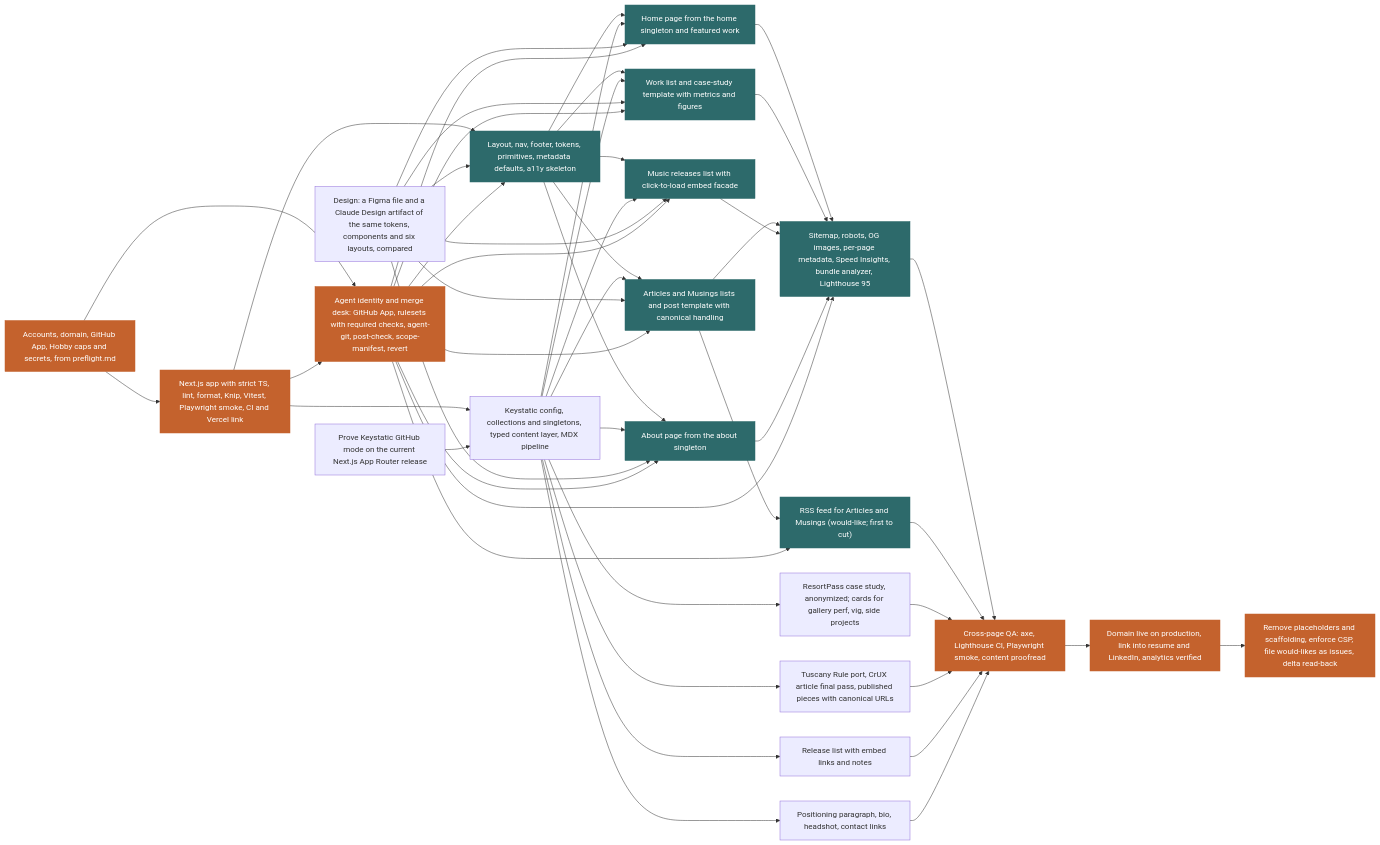
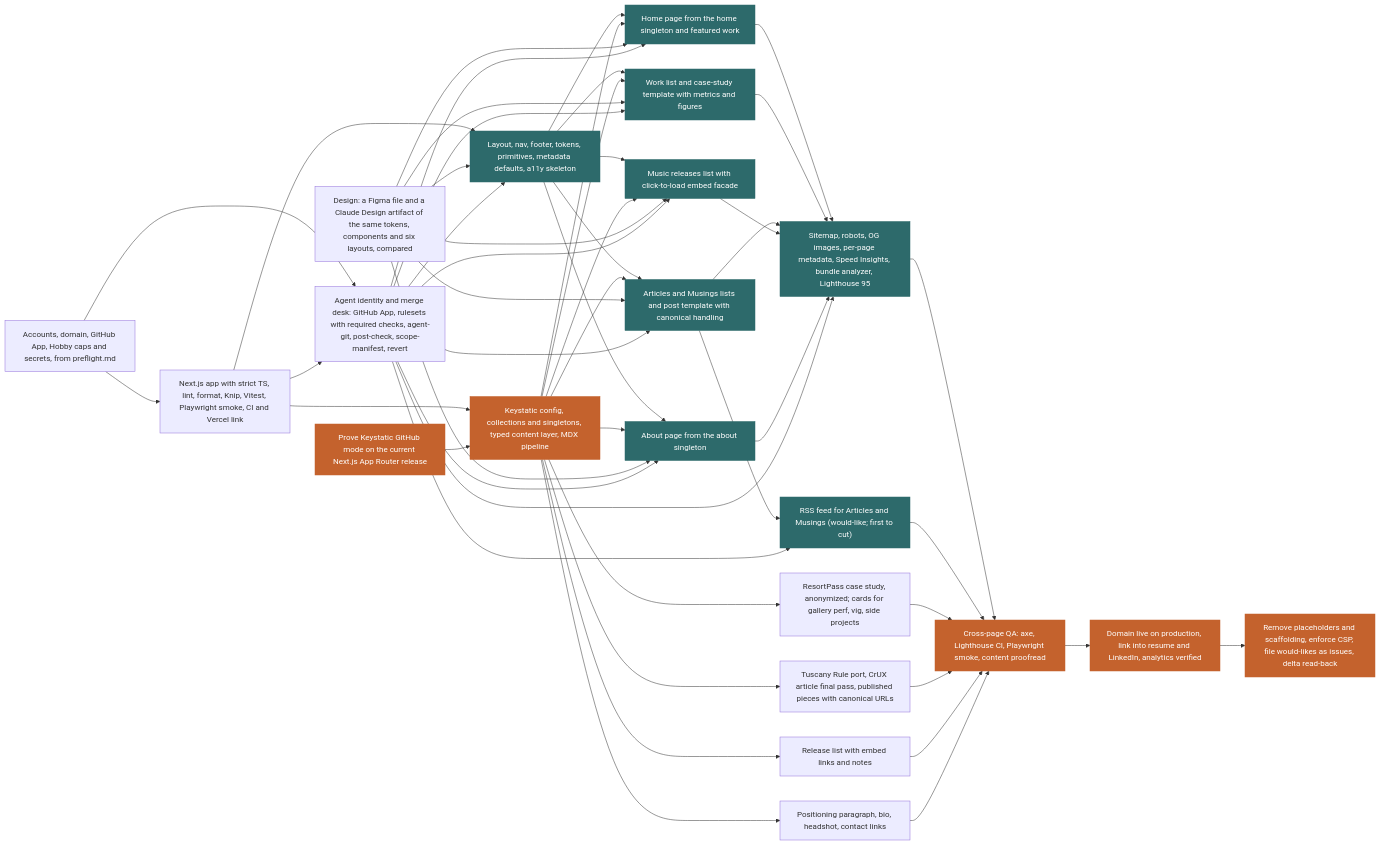
Before and after one commit to defaultdave/defaultdave: the diagram in docs/plan/plan-report.md, drawn with Mermaid. The commit also changed other lines of this file and 4 other files, not shown here.

````diff
--- a/docs/plan/plan-report.md
+++ b/docs/plan/plan-report.md
@@ -107,76 +98,76 @@
 ```mermaid
 graph LR
   u_preflight["Accounts, domain, GitHub App, Hobby caps and secrets, from preflight.md"]
   u_design["Design: a Figma file and a Claude Design artifact of the same tokens, components and six layouts, compared"]
   u_keystatic_spike["Prove Keystatic GitHub mode on the current Next.js App Router release"]
   u_scaffold["Next.js app with strict TS, lint, format, Knip, Vitest, Playwright smoke, CI and Vercel link"]
   u_merge_desk["Agent identity and merge desk: GitHub App, rulesets with required checks, agent-git, post-check, scope-manifest, revert"]
   u_shell["Layout, nav, footer, tokens, primitives, metadata defaults, a11y skeleton"]
   u_cms["Keystatic config, collections and singletons, typed content layer, MDX pipeline"]
   u_page_home["Home page from the home singleton and featured work"]
   u_page_work["Work list and case-study template with metrics and figures"]
   u_page_writing["Articles and Musings lists and post template with canonical handling"]
   u_page_music["Music releases list with click-to-load embed facade"]
   u_page_about["About page from the about singleton"]
   u_content_work["ResortPass case study, anonymized; cards for gallery perf, vig, side projects"]
   u_content_writing["Tuscany Rule port, CrUX article final pass, published pieces with canonical URLs"]
   u_content_music["Release list with embed links and notes"]
   u_content_home_about["Positioning paragraph, bio, headshot, contact links"]
   u_seo_perf["Sitemap, robots, OG images, per-page metadata, Speed Insights, bundle analyzer, Lighthouse 95"]
   u_feed["RSS feed for Articles and Musings (would-like; first to cut)"]
   u_qa_pass["Cross-page QA: axe, Lighthouse CI, Playwright smoke, content proofread"]
   u_launch["Domain live on production, link into resume and LinkedIn, analytics verified"]
   u_tail["Remove placeholders and scaffolding, enforce CSP, file would-likes as issues, delta read-back"]
   u_preflight --> u_scaffold
   u_preflight --> u_merge_desk
   u_scaffold --> u_merge_desk
   u_scaffold --> u_shell
   u_design --> u_shell
   u_merge_desk --> u_shell
   u_scaffold --> u_cms
   u_keystatic_spike --> u_cms
   u_shell --> u_page_home
   u_cms --> u_page_home
   u_design --> u_page_home
   u_merge_desk --> u_page_home
   u_shell --> u_page_work
   u_cms --> u_page_work
   u_design --> u_page_work
   u_merge_desk --> u_page_work
   u_shell --> u_page_writing
   u_cms --> u_page_writing
   u_design --> u_page_writing
   u_merge_desk --> u_page_writing
   u_shell --> u_page_music
   u_cms --> u_page_music
   u_design --> u_page_music
   u_merge_desk --> u_page_music
   u_shell --> u_page_about
   u_cms --> u_page_about
   u_design --> u_page_about
   u_merge_desk --> u_page_about
   u_cms --> u_content_work
   u_cms --> u_content_writing
   u_cms --> u_content_music
   u_cms --> u_content_home_about
   u_page_home --> u_seo_perf
   u_page_work --> u_seo_perf
   u_page_writing --> u_seo_perf
   u_page_music --> u_seo_perf
   u_page_about --> u_seo_perf
   u_merge_desk --> u_seo_perf
   u_page_writing --> u_feed
   u_merge_desk --> u_feed
   u_seo_perf --> u_qa_pass
   u_feed --> u_qa_pass
   u_content_work --> u_qa_pass
   u_content_writing --> u_qa_pass
   u_content_music --> u_qa_pass
   u_content_home_about --> u_qa_pass
   u_qa_pass --> u_launch
   u_launch --> u_tail
   classDef critical fill:#c4622d,stroke:#c4622d,color:#ffffff
   classDef fanout fill:#2d6a6b,stroke:#2d6a6b,color:#ffffff
-  class u_preflight,u_scaffold,u_merge_desk,u_shell,u_page_work,u_page_writing,u_seo_perf,u_qa_pass,u_launch,u_tail critical
+  class u_keystatic_spike,u_cms,u_page_work,u_page_writing,u_seo_perf,u_qa_pass,u_launch,u_tail critical
   class u_shell,u_page_home,u_page_work,u_page_writing,u_page_music,u_page_about,u_seo_perf,u_feed fanout
 ```
````
